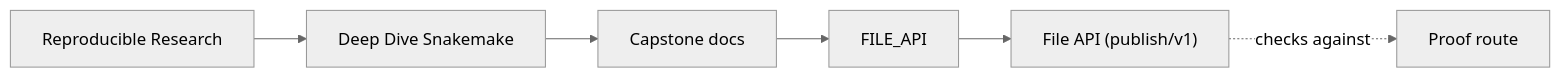
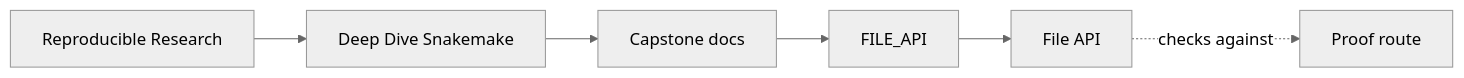
One commit to bijux/bijux-masterclass changed the first of 2 diagrams in programs/reproducible-research/deep-dive-snakemake/capstone/docs/FILE_API.md. Above: the diagram before and after it, drawn with Mermaid (neutral theme). The commit also changed other lines of this file, not shown here.

````diff
--- a/programs/reproducible-research/deep-dive-snakemake/capstone/docs/FILE_API.md
+++ b/programs/reproducible-research/deep-dive-snakemake/capstone/docs/FILE_API.md
@@ -7,12 +6,12 @@
 ```mermaid
 graph LR
   family["Reproducible Research"]
   program["Deep Dive Snakemake"]
   guide["Capstone docs"]
   section["FILE_API"]
-  page["File API (publish/v1)"]
+  page["File API"]
   proof["Proof route"]
 
   family --> program --> guide --> section --> page
   page -.checks against.-> proof
 ```
````
